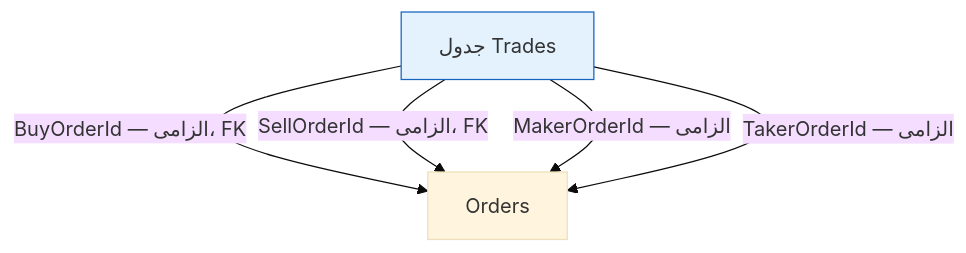
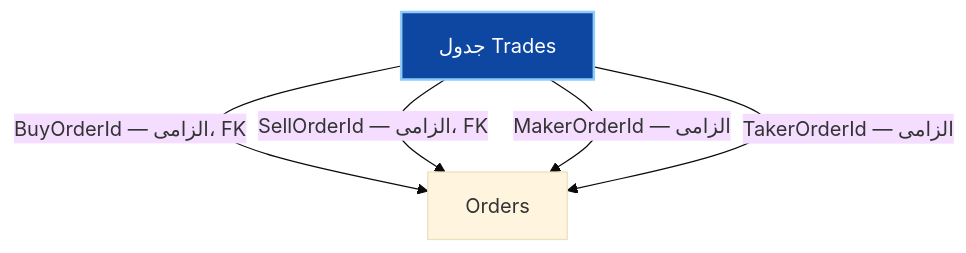
Before and after one commit to MohKardan/TallaEgg: the fifth of 6 diagrams in docs/architecture/DEALER_QUOTE_MODEL.md, drawn with Mermaid (base theme). The commit also changed other lines of this file, not shown here.

First line of the commit message:
docs(#48): make the diagram text readable in both light and dark themes

````diff
--- a/docs/architecture/DEALER_QUOTE_MODEL.md
+++ b/docs/architecture/DEALER_QUOTE_MODEL.md
@@ -165,10 +164,10 @@
 ```mermaid
 flowchart TB
     T["جدول Trades"]
     T -->|"BuyOrderId — الزامی، FK"| O1["Orders"]
     T -->|"SellOrderId — الزامی، FK"| O1
     T -->|"MakerOrderId — الزامی"| O1
     T -->|"TakerOrderId — الزامی"| O1
 
-    style T fill:#e3f2fd,stroke:#1565c0
+    style T fill:#0d47a1,color:#ffffff,stroke:#90caf9,stroke-width:2px
 ```
````
